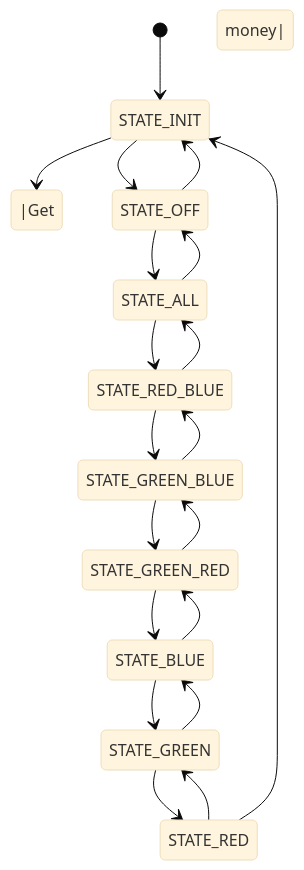
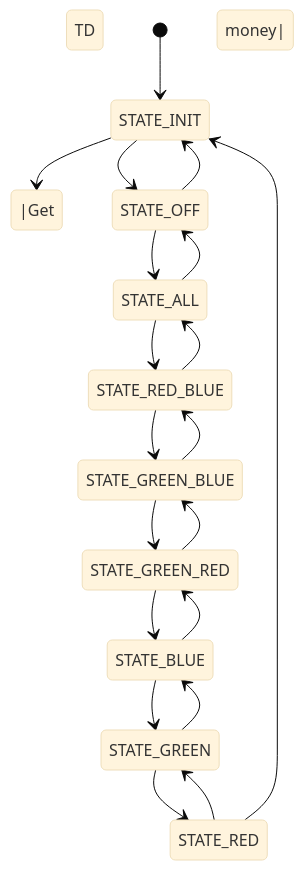
One commit to AngelMzno/iodraw-files changed the diagram in all/Mapa de Estado.md. Above: the diagram before and after it, drawn with Mermaid (base theme).

Commit message:
2024-09-03 19:51:14 update

````diff
--- a/all/Mapa de Estado.md
+++ b/all/Mapa de Estado.md
@@ -1,28 +1,28 @@
 ```mermaid
-stateDiagram-v2
+stateDiagram-v2 TD
 [*]-->STATE_INIT
 STATE_INIT --> |Get money| STATE_RED
 STATE_RED --> STATE_GREEN
 STATE_GREEN-->STATE_BLUE
 STATE_BLUE -->STATE_GREEN_RED
 STATE_GREEN_RED -->STATE_GREEN_BLUE
 STATE_GREEN_BLUE-->STATE_RED_BLUE
 STATE_RED_BLUE-->STATE_ALL
 STATE_ALL-->STATE_OFF
 STATE_OFF-->STATE_INIT
 
 
 STATE_INIT --> STATE_OFF
 STATE_RED --> STATE_INIT
 STATE_GREEN-->STATE_RED
 STATE_BLUE -->STATE_GREEN
 STATE_GREEN_RED -->STATE_BLUE
 STATE_GREEN_BLUE-->STATE_GREEN_RED
 STATE_RED_BLUE-->STATE_GREEN_BLUE
 STATE_ALL-->STATE_RED_BLUE
 STATE_OFF-->STATE_ALL
 
 
 
 
 ```
````
